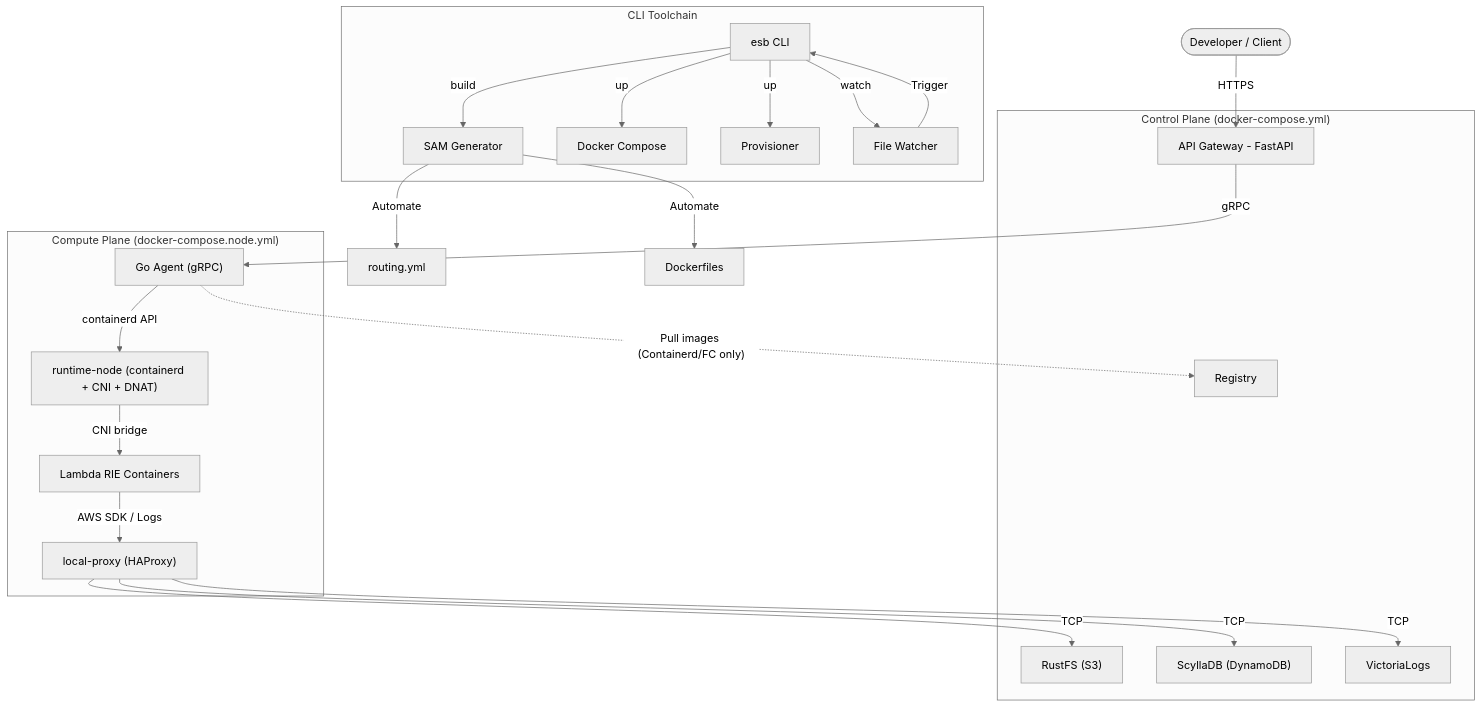
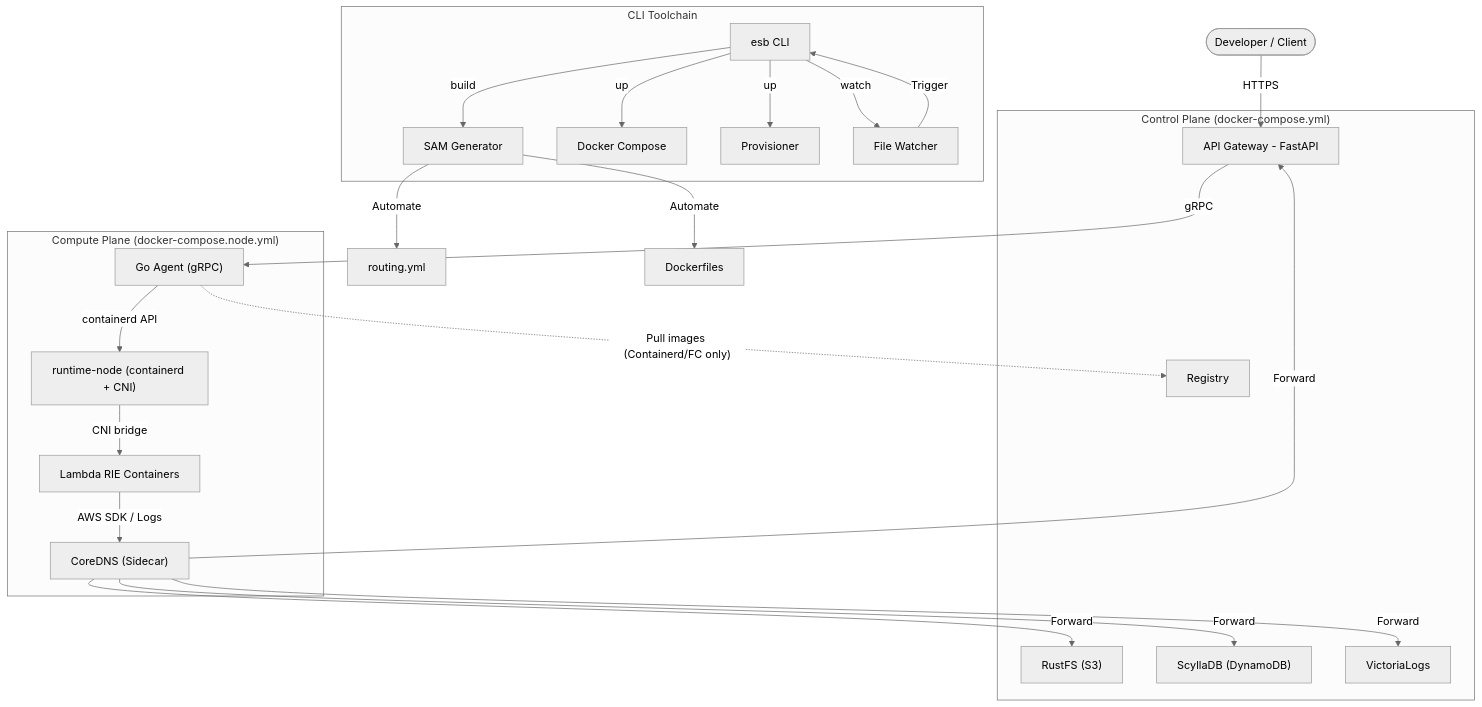
Before and after one commit to poruru-code/esb: the diagram in README.md, drawn with Mermaid (neutral theme). The commit also changed other lines of this file and 17 other files, not shown here.

First line of the commit message:
feat: implement DNS-based service discovery using CoreDNS sidecar

````diff
--- a/README.md
+++ b/README.md
@@ -87,39 +87,40 @@
 ```mermaid
 flowchart TD
     User([Developer / Client]) -->|HTTPS| Gateway["API Gateway - FastAPI"]
 
     subgraph Control ["Control Plane (docker-compose.yml)"]
         Gateway
         RustFS["RustFS (S3)"]
         ScyllaDB["ScyllaDB (DynamoDB)"]
         VictoriaLogs["VictoriaLogs"]
         Registry["Registry"]
     end
 
     subgraph Compute ["Compute Plane (docker-compose.node.yml)"]
-        RuntimeNode["runtime-node (containerd + CNI + DNAT)"]
+        RuntimeNode["runtime-node (containerd + CNI)"]
         Agent["Go Agent (gRPC)"]
-        LocalProxy["local-proxy (HAProxy)"]
+        CoreDNS["CoreDNS (Sidecar)"]
         LambdaRIE["Lambda RIE Containers"]
     end
 
     Gateway -->|gRPC| Agent
     Agent -->|containerd API| RuntimeNode
     RuntimeNode -->|CNI bridge| LambdaRIE
-    LambdaRIE -->|AWS SDK / Logs| LocalProxy
-    LocalProxy -->|TCP| RustFS
-    LocalProxy -->|TCP| ScyllaDB
-    LocalProxy -->|TCP| VictoriaLogs
+    LambdaRIE -->|AWS SDK / Logs| CoreDNS
+    CoreDNS -->|Forward| Gateway
+    CoreDNS -->|Forward| RustFS
+    CoreDNS -->|Forward| ScyllaDB
+    CoreDNS -->|Forward| VictoriaLogs
     Agent -.->|"Pull images (Containerd/FC only)"| Registry
     
     subgraph Toolchain ["CLI Toolchain"]
         esb[esb CLI] -->|build| Generator[SAM Generator]
         esb -->|up| DockerCompose[Docker Compose]
         esb -->|up| Provisioner[Provisioner]
         esb -->|watch| Watcher[File Watcher]
     end
     
     Generator -->|Automate| Routing[routing.yml]
     Generator -->|Automate| Dockerfiles[Dockerfiles]
     Watcher -->|Trigger| esb
 ```
````
